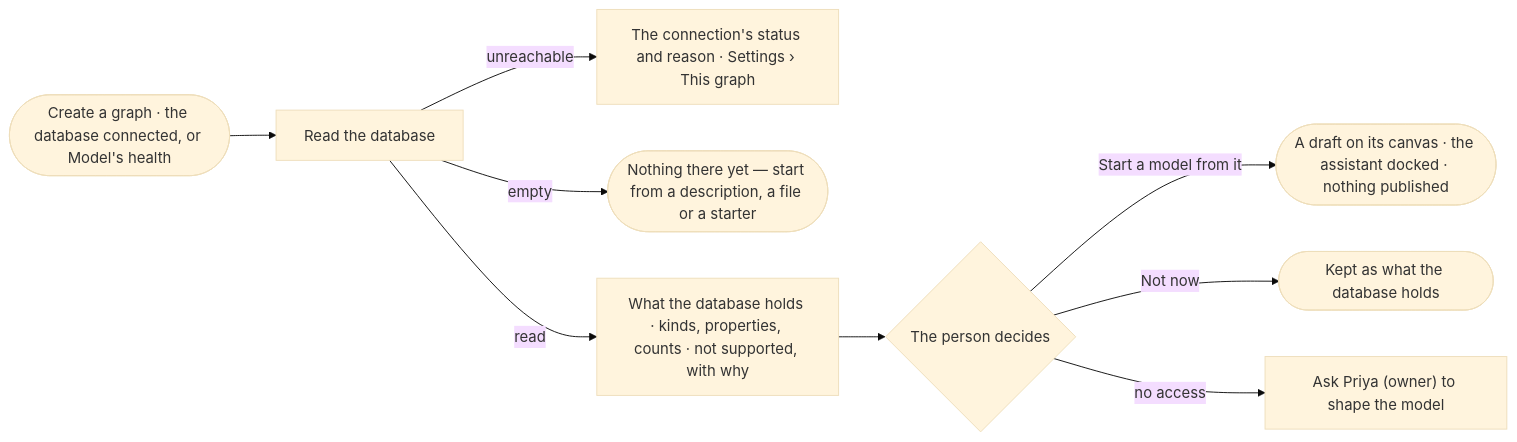
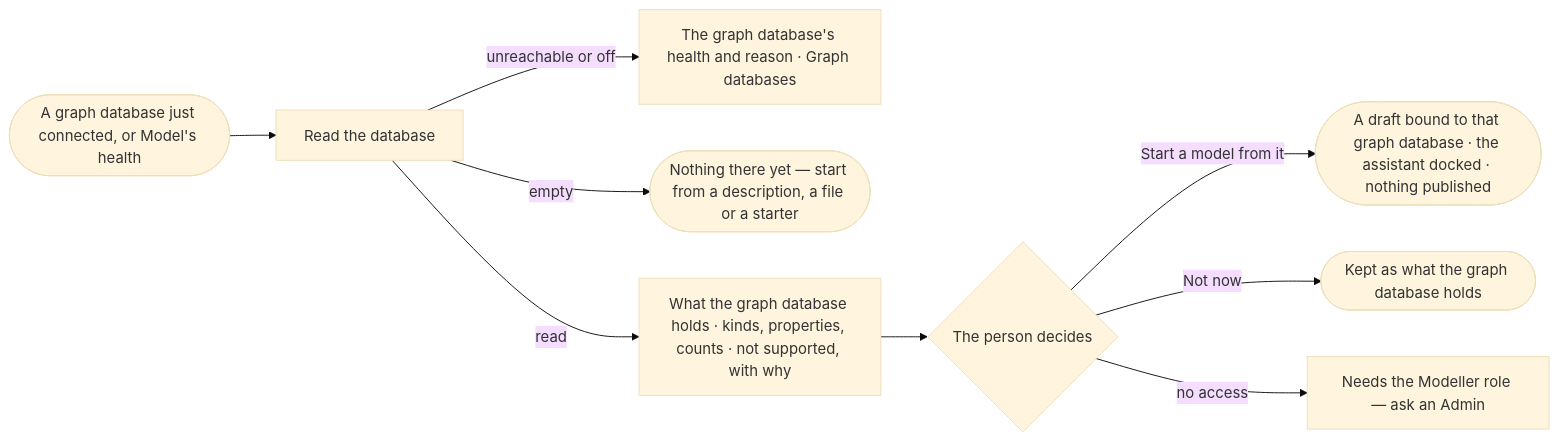
The diagram in specs/capabilities/semantics/features/SE-F01-start-a-model/stories/SE-04-draft-a-model-from-the-database/story.md (invana/invana), drawn with Mermaid (base theme) before and after one commit. The commit also changed other lines of this file and 522 other files, not shown here.

````diff
--- a/specs/capabilities/semantics/features/SE-F01-start-a-model/stories/SE-04-draft-a-model-from-the-database/story.md
+++ b/specs/capabilities/semantics/features/SE-F01-start-a-model/stories/SE-04-draft-a-model-from-the-database/story.md
@@ -26,11 +26,11 @@
 ```mermaid
 flowchart LR
-  a([Create a graph · the database connected, or Model's health]) --> r["Read the database"]
-  r -->|unreachable| u["The connection's status and reason · Settings › This graph"]
+  a([A graph database just connected, or Model's health]) --> r["Read the database"]
+  r -->|unreachable or off| u["The graph database's health and reason · Graph databases"]
   r -->|empty| e(["Nothing there yet — start from a description, a file or a starter"])
-  r -->|read| m["What the database holds · kinds, properties, counts · not supported, with why"]
+  r -->|read| m["What the graph database holds · kinds, properties, counts · not supported, with why"]
   m --> d{The person decides}
-  d -->|Start a model from it| dr(["A draft on its canvas · the assistant docked · nothing published"])
-  d -->|Not now| k(["Kept as what the database holds"])
-  d -->|no access| na["Ask Priya (owner) to shape the model"]
+  d -->|Start a model from it| dr(["A draft bound to that graph database · the assistant docked · nothing published"])
+  d -->|Not now| k(["Kept as what the graph database holds"])
+  d -->|no access| na["Needs the Modeller role — ask an Admin"]
 ```
````
